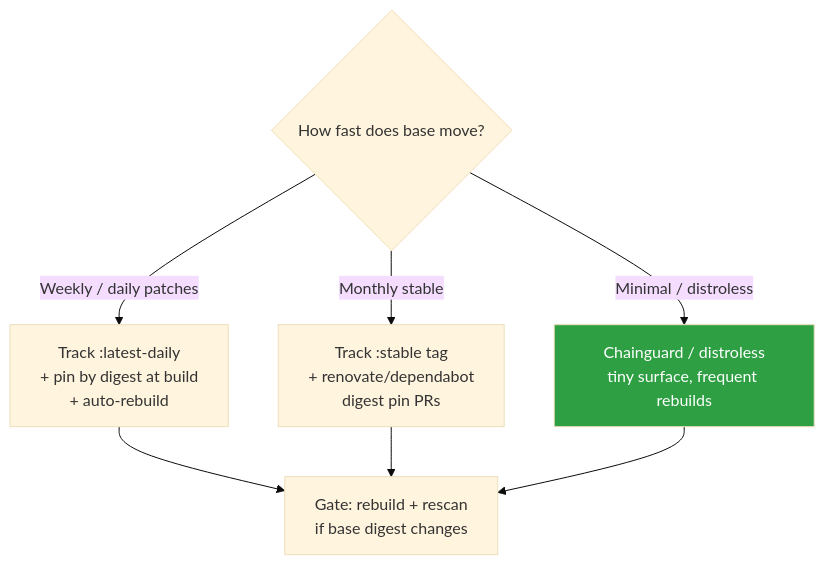
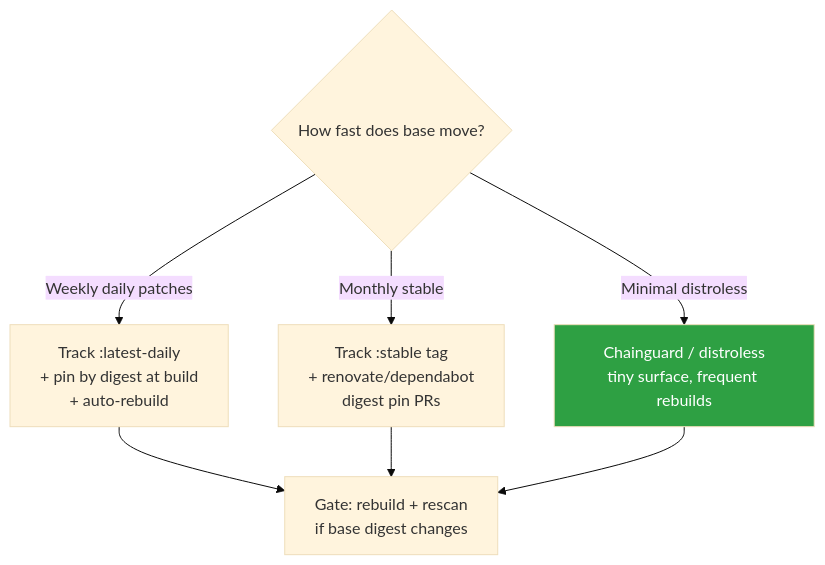
Before and after one commit to bumbsclaw/textbooks: the sixth of 7 diagrams in book-06-cloud-native/ch03-base-images.md, drawn with Mermaid (base theme). The commit also changed other lines of this file and 173 other files, not shown here.

First line of the commit message:
fix(mermaid): close note brackets, semicolons in Notes, stateDiagram br -> dash, edge parens

````diff
--- a/book-06-cloud-native/ch03-base-images.md
+++ b/book-06-cloud-native/ch03-base-images.md
@@ -701,11 +701,11 @@
 ```mermaid
 flowchart TD
   Q1{"How fast does base move?"}
-  Q1 -->|Weekly / daily patches| A1["Track :latest-daily<br/>+ pin by digest at build<br/>+ auto-rebuild"]
+  Q1 -->|Weekly daily patches| A1["Track :latest-daily<br/>+ pin by digest at build<br/>+ auto-rebuild"]
   Q1 -->|Monthly stable| A2["Track :stable tag<br/>+ renovate/dependabot<br/>digest pin PRs"]
-  Q1 -->|Minimal / distroless| A3["Chainguard / distroless<br/>tiny surface, frequent rebuilds"]
+  Q1 -->|Minimal distroless| A3["Chainguard / distroless<br/>tiny surface, frequent rebuilds"]
   A1 --> G["Gate: rebuild + rescan<br/>if base digest changes"]
   A2 --> G
   A3 --> G
   style A3 fill:#2ea043,color:#fff
 ```
````
